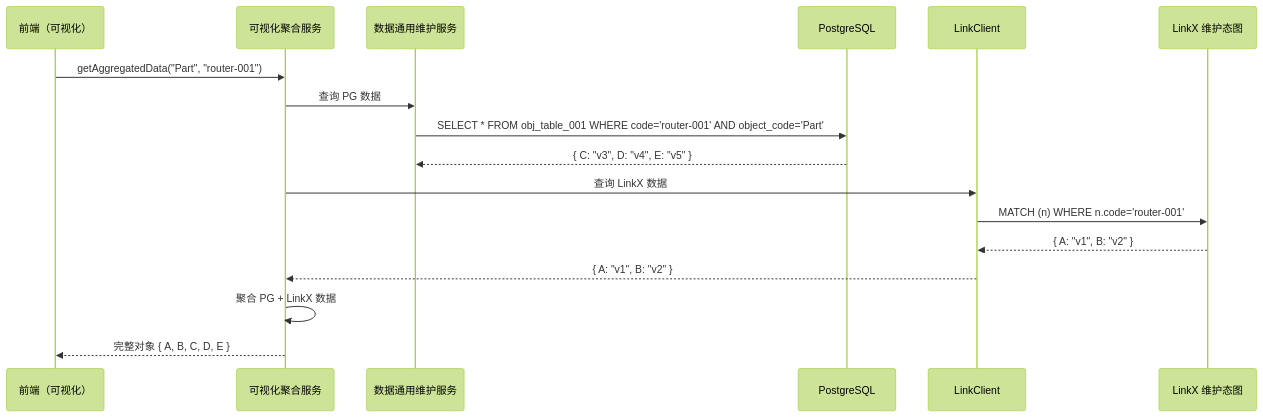
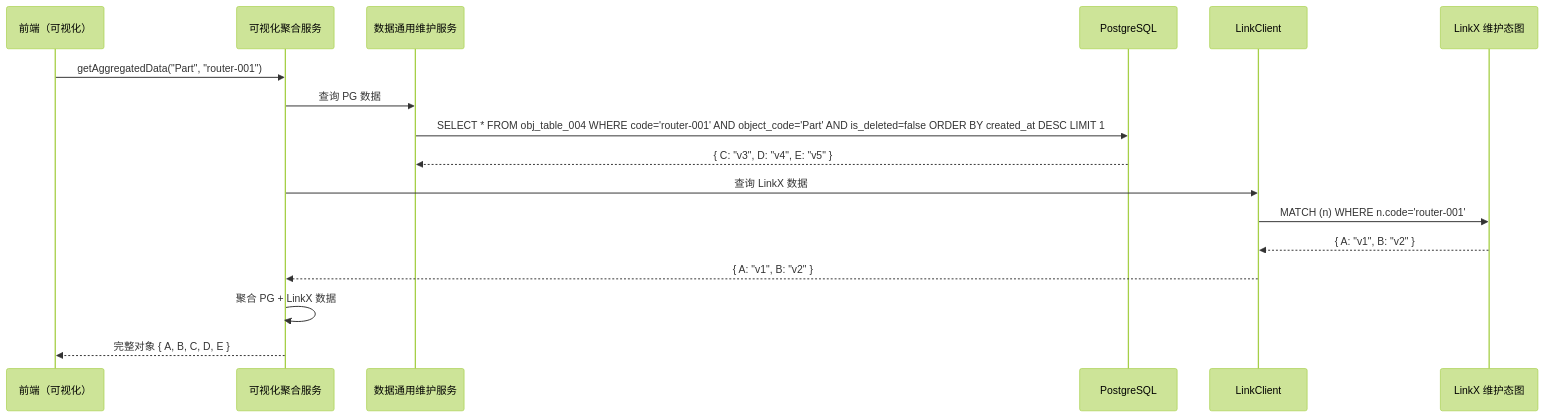
Before and after one commit to goflyboy/digitalproduct: the second of 4 diagrams in docs/adr/RFC-003-数据通用维护服务-通用对象表映射机制.md, drawn with Mermaid (forest theme). The commit also changed other lines of this file and 4 other files, not shown here.

````diff
--- a/docs/adr/RFC-003-数据通用维护服务-通用对象表映射机制.md
+++ b/docs/adr/RFC-003-数据通用维护服务-通用对象表映射机制.md
@@ -338,20 +565,20 @@
 ```mermaid
 sequenceDiagram
     participant FE as 前端（可视化）
     participant VAS as 可视化聚合服务
     participant MS as 数据通用维护服务
     participant PG as PostgreSQL
     participant LC as LinkClient
     participant LNK as LinkX 维护态图
 
     FE->>VAS: getAggregatedData("Part", "router-001")
     VAS->>MS: 查询 PG 数据
-    MS->>PG: SELECT * FROM obj_table_001 WHERE code='router-001' AND object_code='Part'
+    MS->>PG: SELECT * FROM obj_table_004 WHERE code='router-001' AND object_code='Part' AND is_deleted=false ORDER BY created_at DESC LIMIT 1
     PG-->>MS: { C: "v3", D: "v4", E: "v5" }
     VAS->>LC: 查询 LinkX 数据
     LC->>LNK: MATCH (n) WHERE n.code='router-001'
     LNK-->>LC: { A: "v1", B: "v2" }
     LC-->>VAS: { A: "v1", B: "v2" }
     VAS->>VAS: 聚合 PG + LinkX 数据
     VAS-->>FE: 完整对象 { A, B, C, D, E }
 ```
````
